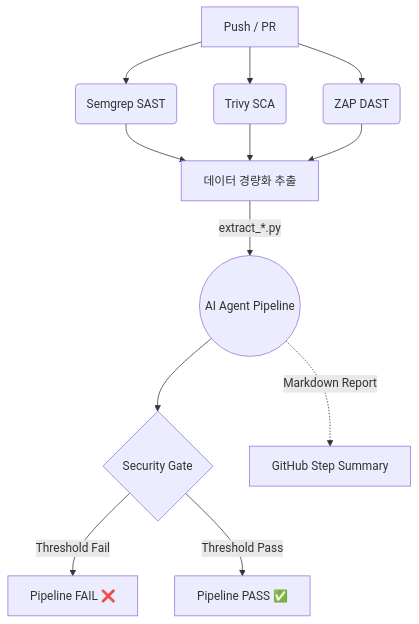
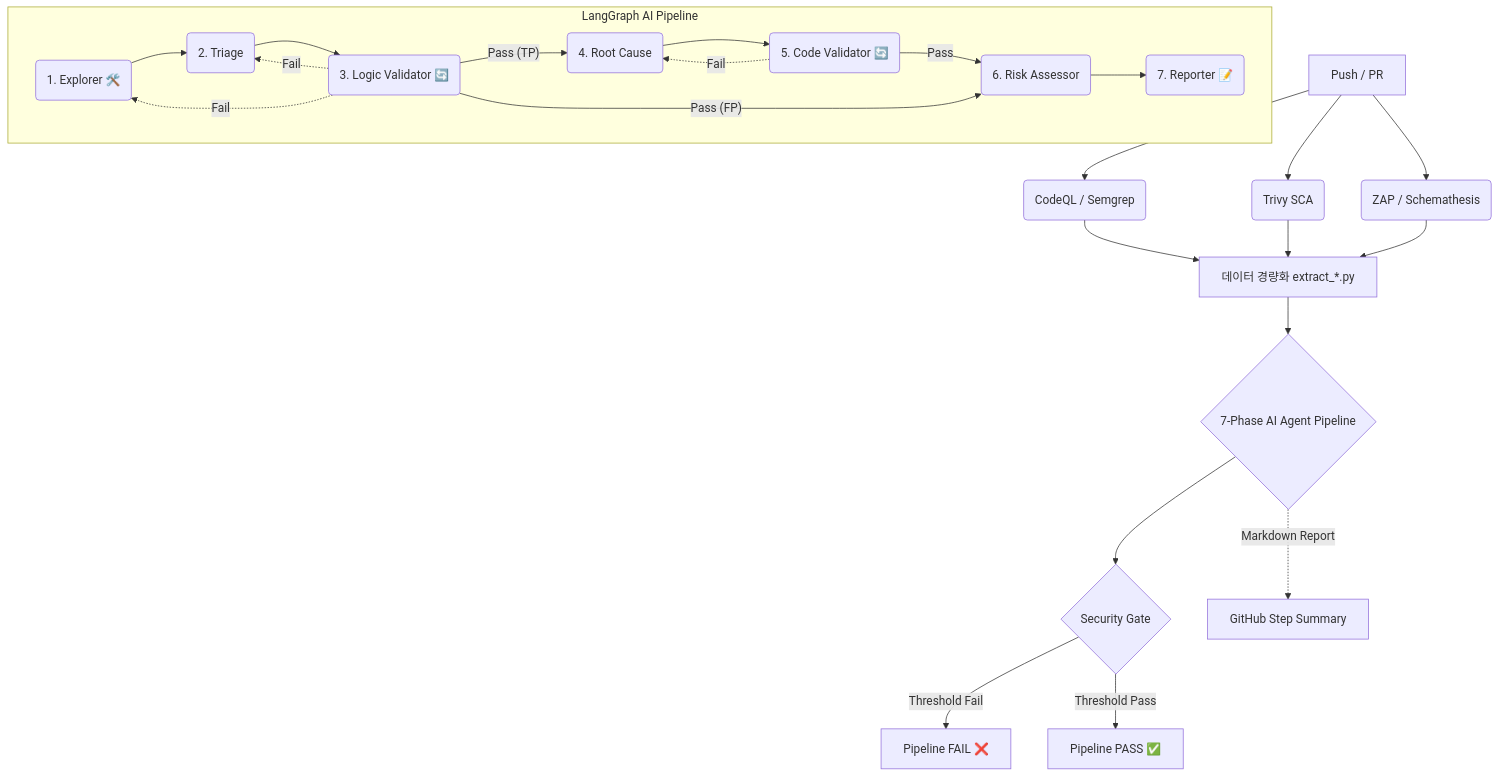
The diagram in scripts/readme.md (AIRsecu/AIR), drawn with Mermaid before and after one commit. The commit also changed other lines of this file, not shown here.

````diff
--- a/scripts/readme.md
+++ b/scripts/readme.md
@@ -27,18 +36,31 @@
 ```mermaid
 graph TD
-    A[Push / PR] --> B(Semgrep SAST)
+    A[Push / PR] --> B(CodeQL / Semgrep)
     A --> C(Trivy SCA)
-    A --> D(ZAP DAST)
+    A --> D(ZAP / Schemathesis)
     
-    B --> E[데이터 경량화 추출]
+    B --> E[데이터 경량화 extract_*.py]
     C --> E
     D --> E
     
-    E -->|extract_*.py| F((AI Agent Pipeline))
+    E --> F{7-Phase AI Agent Pipeline}
+    
+    subgraph LangGraph AI Pipeline
+        P1(1. Explorer 🛠️) --> P2(2. Triage)
+        P2 --> P3(3. Logic Validator 🔄)
+        P3 -. Fail .-> P1 & P2
+        P3 -- Pass (TP) --> P4(4. Root Cause)
+        P3 -- Pass (FP) --> P6
+        P4 --> P5(5. Code Validator 🔄)
+        P5 -. Fail .-> P4
+        P5 -- Pass --> P6(6. Risk Assessor)
+        P6 --> P7(7. Reporter 📝)
+    end
     
     F --> G{Security Gate}
     G -->|Threshold Fail| H[Pipeline FAIL ❌]
     G -->|Threshold Pass| I[Pipeline PASS ✅]
     
     F -.->|Markdown Report| J[GitHub Step Summary]
+
 ```
````
